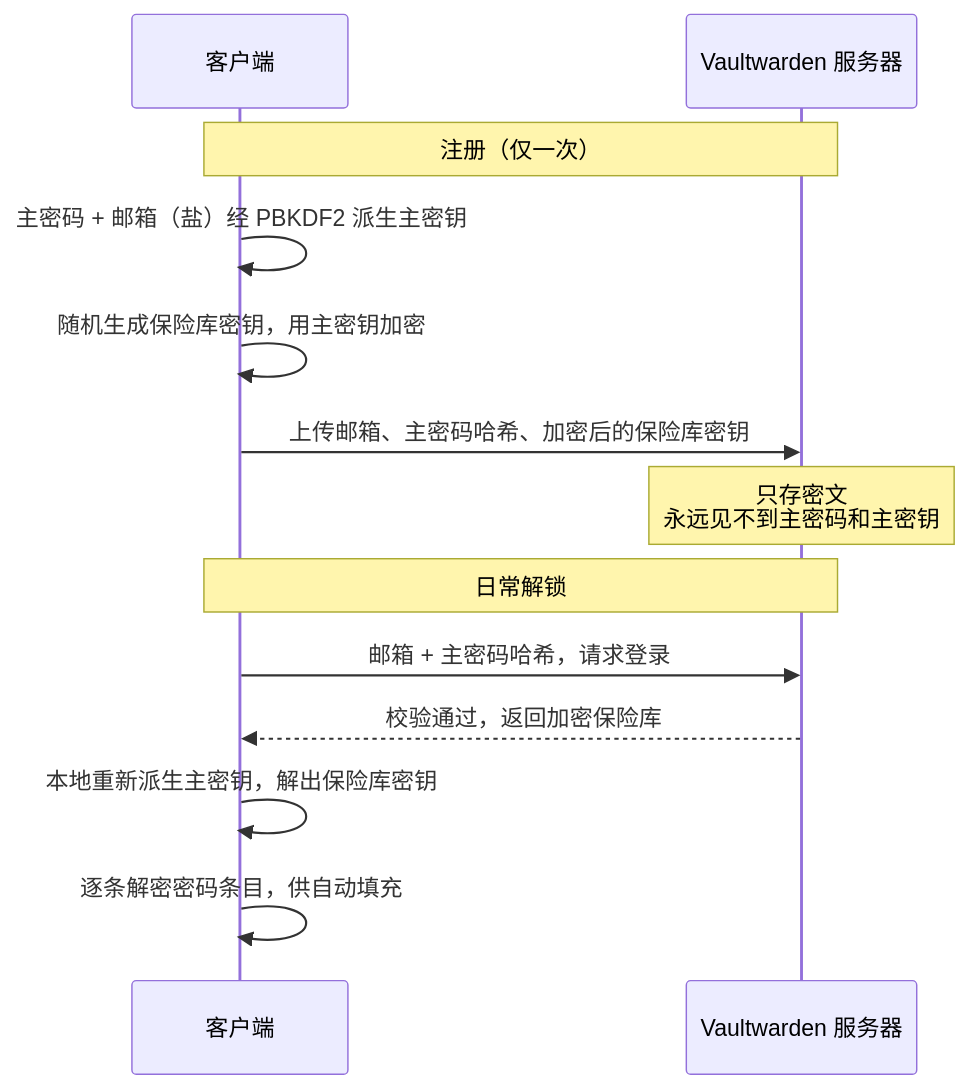
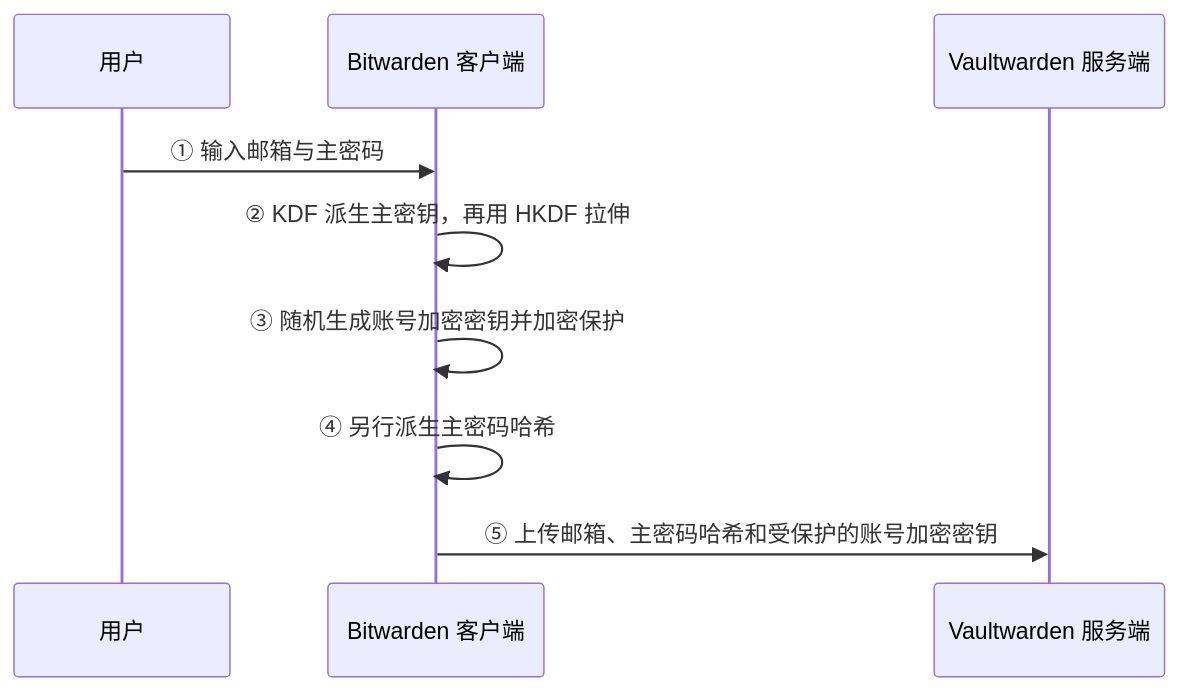
One commit to puppylpg/puppylpg.github.io changed the fourth of 7 diagrams in _life/2026-07-20-raspberry-pi-homelab-mediacenter-and-entry.md. Above: the diagram before and after it, drawn with Mermaid. The commit also changed other lines of this file and 5 other files, not shown here.

````diff
--- a/_life/2026-07-20-raspberry-pi-homelab-mediacenter-and-entry.md
+++ b/_life/2026-07-20-raspberry-pi-homelab-mediacenter-and-entry.md
@@ -191,17 +283,12 @@
 ```mermaid
 sequenceDiagram
-    participant C as 客户端
-    participant S as Vaultwarden 服务器
+    participant U as 用户
+    participant C as Bitwarden 客户端
+    participant S as Vaultwarden 服务端
 
-    Note over C,S: 注册（仅一次）
-    C->>C: 主密码 + 邮箱（盐）经 PBKDF2 派生主密钥
-    C->>C: 随机生成保险库密钥，用主密钥加密
-    C->>S: 上传邮箱、主密码哈希、加密后的保险库密钥
-    Note over S: 只存密文<br>永远见不到主密码和主密钥
-
-    Note over C,S: 日常解锁
-    C->>S: 邮箱 + 主密码哈希，请求登录
-    S-->>C: 校验通过，返回加密保险库
-    C->>C: 本地重新派生主密钥，解出保险库密钥
-    C->>C: 逐条解密密码条目，供自动填充
+    U->>C: ① 输入邮箱与主密码
+    C->>C: ② KDF 派生主密钥，再用 HKDF 拉伸
+    C->>C: ③ 随机生成账号加密密钥并加密保护
+    C->>C: ④ 另行派生主密码哈希
+    C->>S: ⑤ 上传邮箱、主密码哈希和受保护的账号加密密钥
 ```
````
